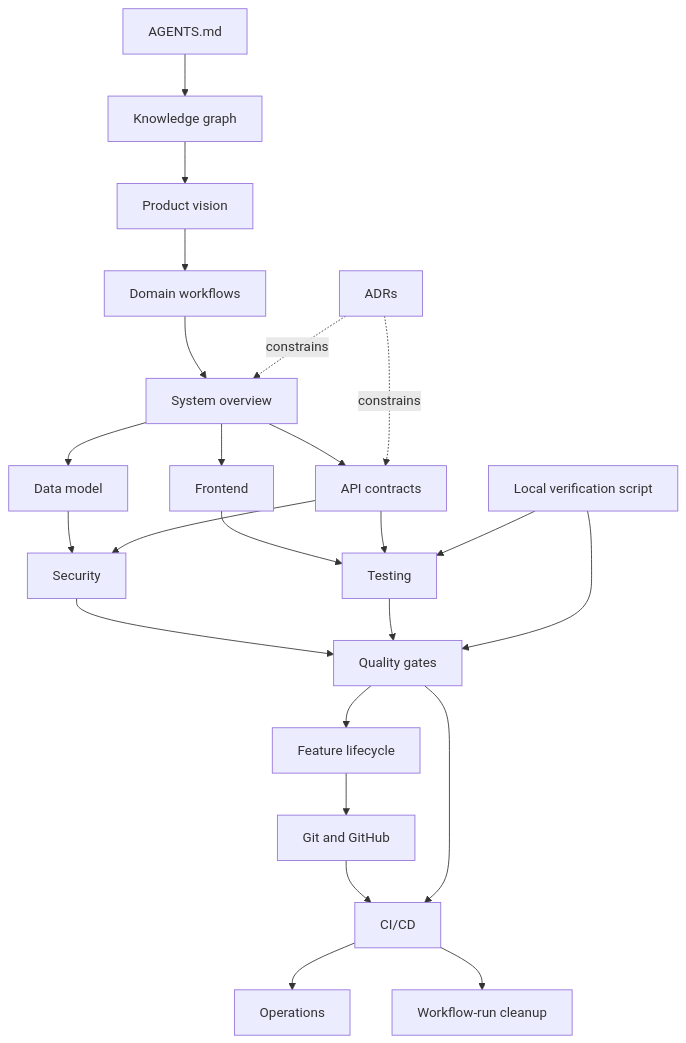
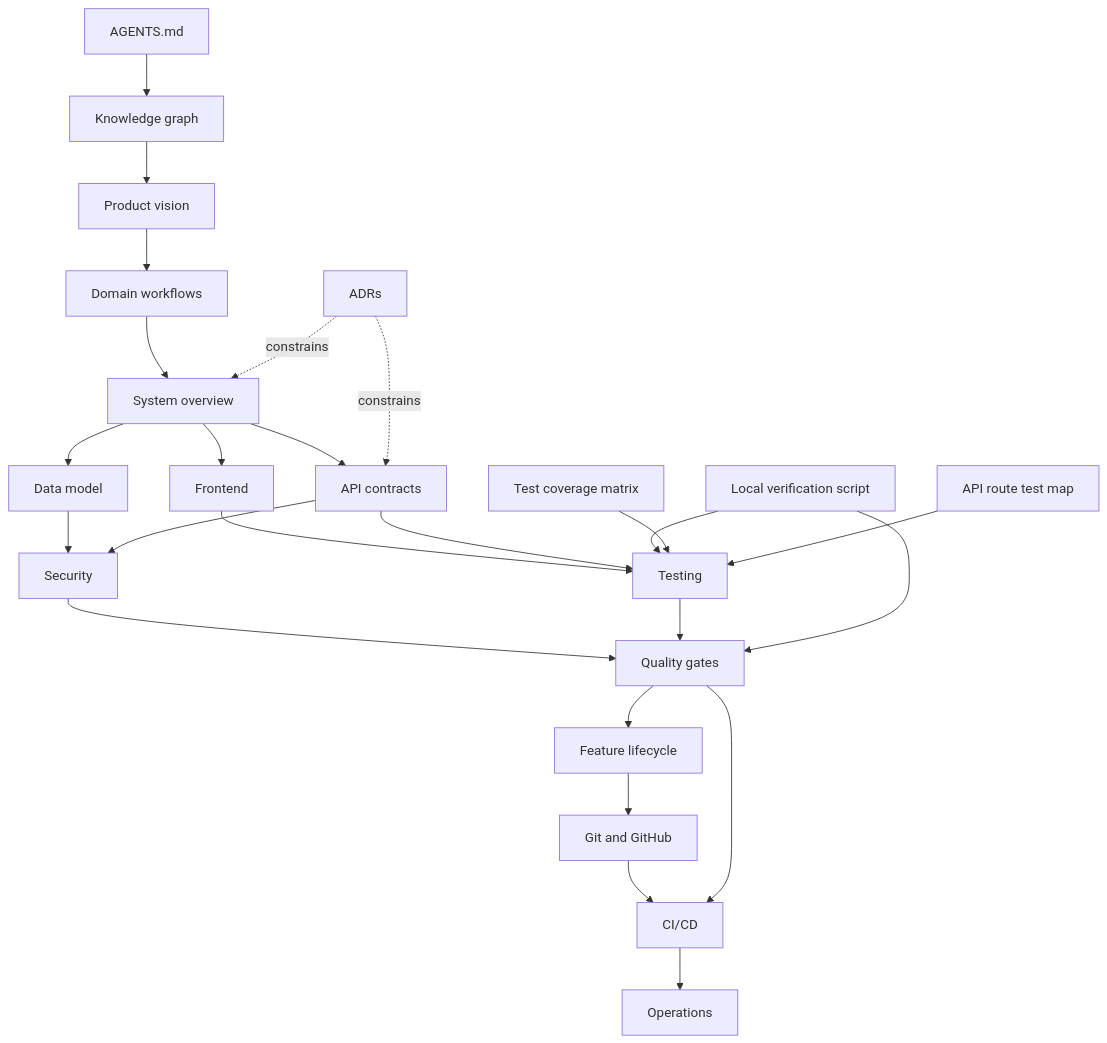
The diagram in docs/knowledge-graph.md (AminBrave/rad-art-marketplace), drawn with Mermaid before and after one commit. The commit also changed other lines of this file and 32 other files, not shown here.

First line of the commit message:
test: overhaul full-stack testing architecture and coverage (#126)

````diff
--- a/docs/knowledge-graph.md
+++ b/docs/knowledge-graph.md
@@ -5,26 +5,27 @@
-```mermaid
+~~~mermaid
 flowchart TD
  A[AGENTS.md] --> K[Knowledge graph]
  K --> P[Product vision]
  P --> D[Domain workflows]
  D --> S[System overview]
  S --> M[Data model]
  S --> F[Frontend]
  S --> API[API contracts]
  M --> SEC[Security]
  API --> SEC
  F --> T[Testing]
  API --> T
  SEC --> Q[Quality gates]
  T --> Q
  Q --> L[Feature lifecycle]
  L --> G[Git and GitHub]
  G --> C[CI/CD]
  Q --> C
  C --> O[Operations]
- C --> R[Workflow-run cleanup]
  ADR[ADRs] -. constrains .-> S
  ADR -. constrains .-> API
  V[Local verification script] --> T
  V --> Q
-```
+ CM[Test coverage matrix] --> T
+ RM[API route test map] --> T
+~~~
````
